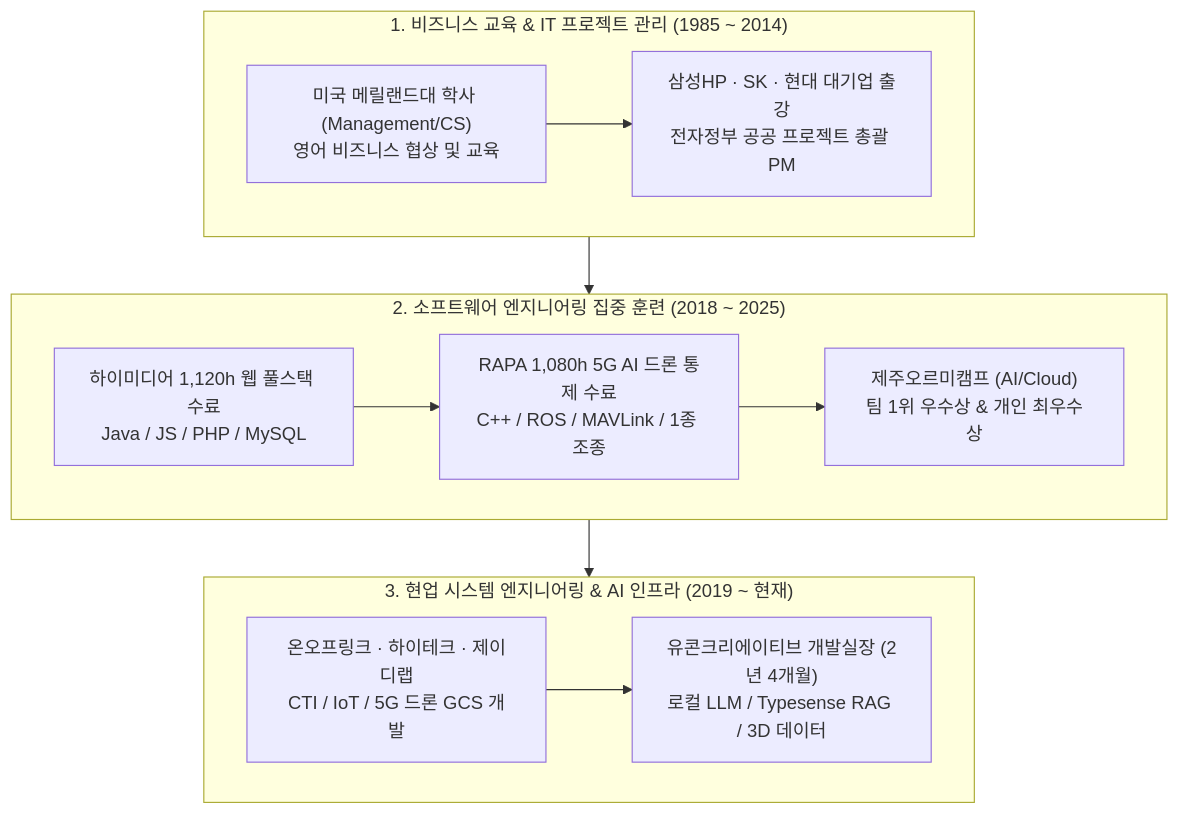
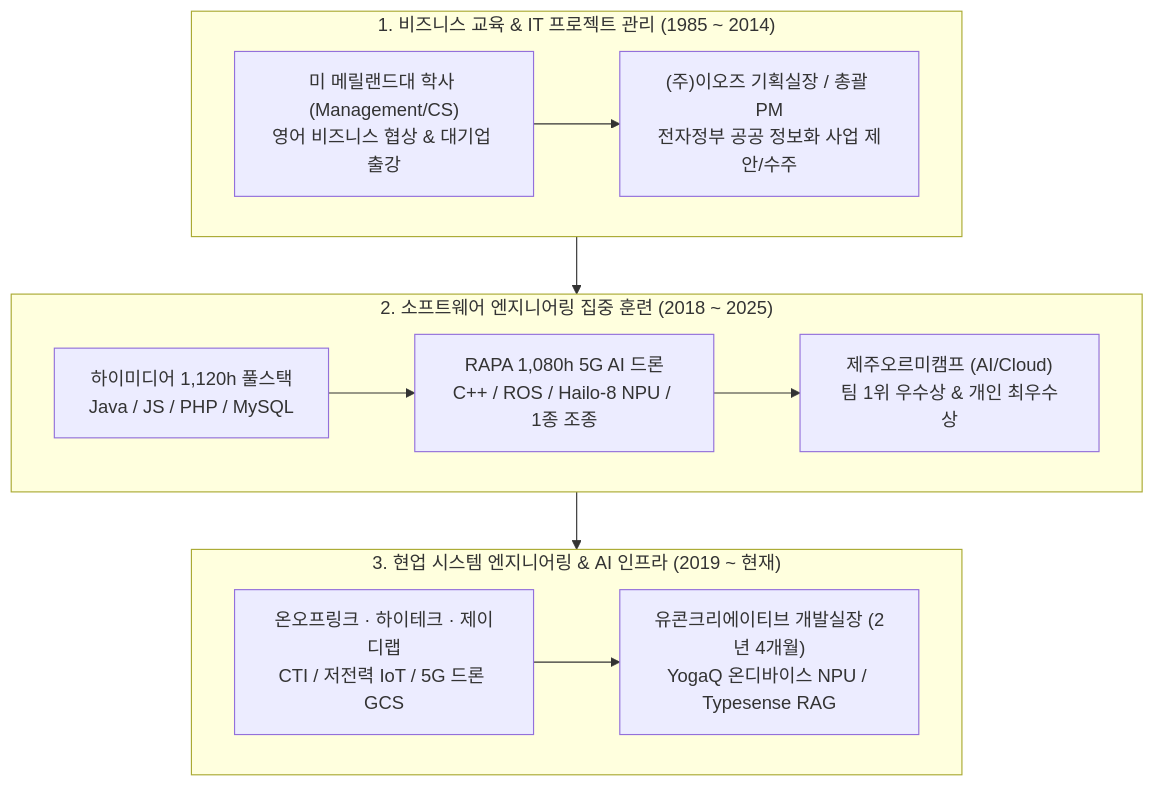
One commit to aiegoo/resume changed the diagram in docs/02_경력기술서_이병남.md. Above: the diagram before and after it, drawn with Mermaid. The commit also changed other lines of this file and 11 other files, not shown here.

Commit message:
feat: condense all 4 dockets into tight 2-page formats and upgrade YogaQ section with Hailo-8L Edge AI perception, 3D biomechanics & hybrid RAG

````diff
--- a/docs/02_경력기술서_이병남.md
+++ b/docs/02_경력기술서_이병남.md
@@ -24,17 +24,14 @@
 ```mermaid
 flowchart TD
     subgraph S1["1. 비즈니스 교육 & IT 프로젝트 관리 (1985 ~ 2014)"]
-        A1["미국 메릴랜드대 학사 (Management/CS)<br>영어 비즈니스 협상 및 교육"] --> A2["삼성HP · SK · 현대 대기업 출강<br>전자정부 공공 프로젝트 총괄 PM"]
+        A1["미 메릴랜드대 학사 (Management/CS)<br>영어 비즈니스 협상 & 대기업 출강"] --> A2["(주)이오즈 기획실장 / 총괄 PM<br>전자정부 공공 정보화 사업 제안/수주"]
     end
-
     subgraph S2["2. 소프트웨어 엔지니어링 집중 훈련 (2018 ~ 2025)"]
-        B1["하이미디어 1,120h 웹 풀스택 수료<br>Java / JS / PHP / MySQL"] --> B2["RAPA 1,080h 5G AI 드론 통제 수료<br>C++ / ROS / MAVLink / 1종 조종"]
+        B1["하이미디어 1,120h 풀스택<br>Java / JS / PHP / MySQL"] --> B2["RAPA 1,080h 5G AI 드론<br>C++ / ROS / Hailo-8 NPU / 1종 조종"]
         B2 --> B3["제주오르미캠프 (AI/Cloud)<br>팀 1위 우수상 & 개인 최우수상"]
     end
-
     subgraph S3["3. 현업 시스템 엔지니어링 & AI 인프라 (2019 ~ 현재)"]
-        C1["온오프링크 · 하이테크 · 제이디랩<br>CTI / IoT / 5G 드론 GCS 개발"] --> C2["유콘크리에이티브 개발실장 (2년 4개월)<br>로컬 LLM / Typesense RAG / 3D 데이터"]
+        C1["온오프링크 · 하이테크 · 제이디랩<br>CTI / 저전력 IoT / 5G 드론 GCS"] --> C2["유콘크리에이티브 개발실장 (2년 4개월)<br>YogaQ 온디바이스 NPU / Typesense RAG"]
     end
-
     S1 --> S2 --> S3
 ```
````
